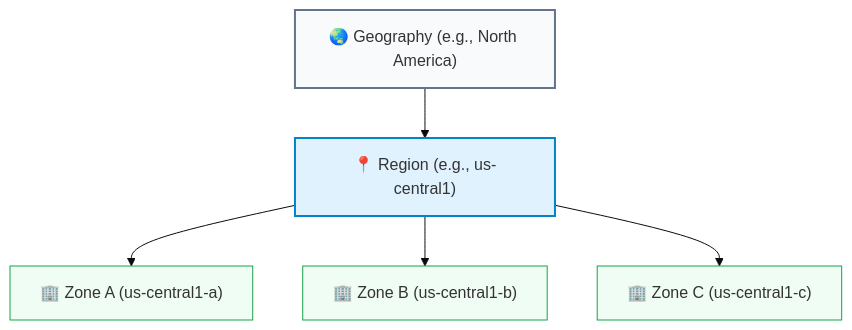
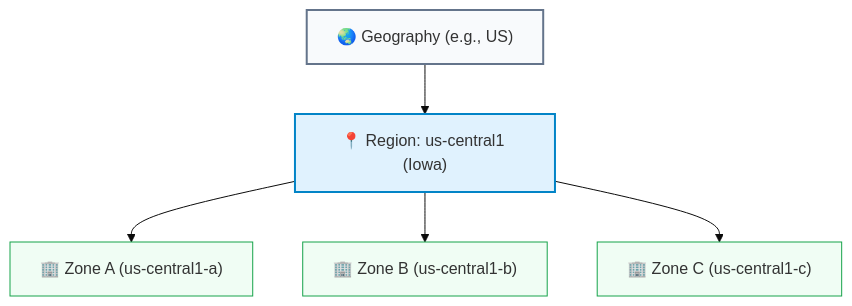
The first of 2 diagrams in curriculum/content/section_2_gcp_structure.md (jyothivempa/gcp-study-plan), drawn with Mermaid (base theme) before and after one commit. The commit also changed other lines of this file and 6 other files, not shown here.

````diff
--- a/curriculum/content/section_2_gcp_structure.md
+++ b/curriculum/content/section_2_gcp_structure.md
@@ -8,13 +13,13 @@
 ```mermaid
 graph TD
-    Geo["🌏 Geography (e.g., North America)"] --> Reg["📍 Region (e.g., us-central1)"]
+    Geo["🌏 Geography (e.g., US)"] --> Reg["📍 Region: us-central1 (Iowa)"]
     Reg --> Z1["🏢 Zone A (us-central1-a)"]
     Reg --> Z2["🏢 Zone B (us-central1-b)"]
     Reg --> Z3["🏢 Zone C (us-central1-c)"]
 
     style Geo fill:#f8fafc,stroke:#64748b,stroke-width:2px
     style Reg fill:#e0f2fe,stroke:#0284c7,stroke-width:2px
     style Z1 fill:#f0fdf4,stroke:#16a34a
     style Z2 fill:#f0fdf4,stroke:#16a34a
     style Z3 fill:#f0fdf4,stroke:#16a34a
 ```
````
